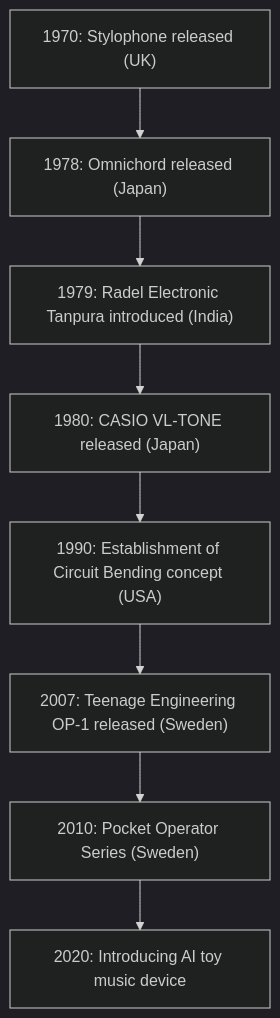
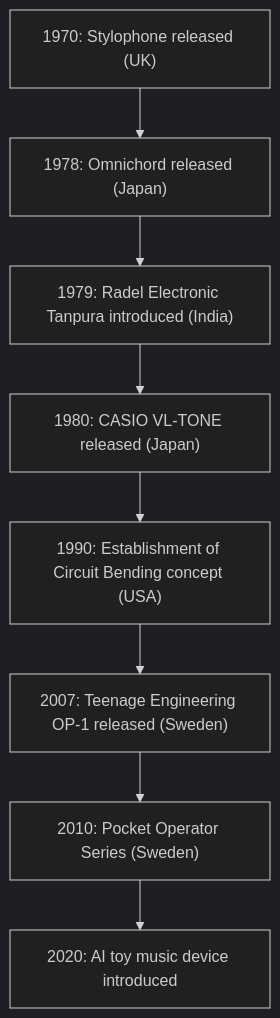
Before and after one commit to monumental-movement/monumental-movement.github.io: the diagram in en/_posts/2025-10-12-Column-Strange-Musical-Toys.md, drawn with Mermaid (dark theme). The commit also changed other lines of this file and 296 other files, not shown here.

```diff
--- a/en/_posts/2025-10-12-Column-Strange-Musical-Toys.md
+++ b/en/_posts/2025-10-12-Column-Strange-Musical-Toys.md
@@ -211,16 +211,16 @@
 <div class="mermaid">
 
 flowchart TD
 
     A1970["1970: Stylophone released (UK)"]
     B1978["1978: Omnichord released (Japan)"]
     C1979["1979: Radel Electronic Tanpura introduced (India)"]
     D1980["1980: CASIO VL-TONE released (Japan)"]
     E1990["1990: Establishment of Circuit Bending concept (USA)"]
     F2007["2007: Teenage Engineering OP-1 released (Sweden)"]
     G2010["2010: Pocket Operator Series (Sweden)"]
-    H2020["2020: Introducing AI toy music device"]
+    H2020["2020: AI toy music device introduced"]
     
     A1970 --> B1978 --> C1979 --> D1980 --> E1990 --> F2007 --> G2010 --> H2020
 
 </div>
```
